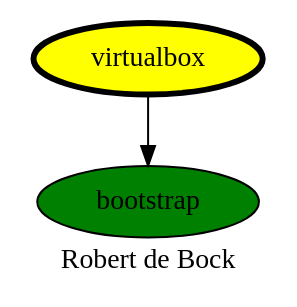
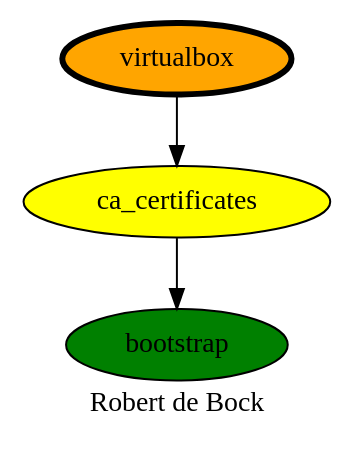
Before and after one commit to robertdebock/drawings: the diagram in virtualbox.dot, drawn with Graphviz. The commit also changed 1 other file, not shown here.

Commit message:
virtualbox depends on ca_certificates.

```diff
--- a/virtualbox.dot
+++ b/virtualbox.dot
@@ -1,9 +1,11 @@
 digraph PhiloDilemma {
   label = "Robert de Bock" ;
   overlap=false
   {
     bootstrap [fillcolor=green style=filled]
-    virtualbox [fillcolor=yellow style=filled penwidth=3]
+    ca_certificates [fillcolor=yellow style=filled]
+    virtualbox [fillcolor=orange style=filled penwidth=3]
   }
-  virtualbox -> bootstrap
+  virtualbox -> ca_certificates
+  ca_certificates -> bootstrap
 }
```
